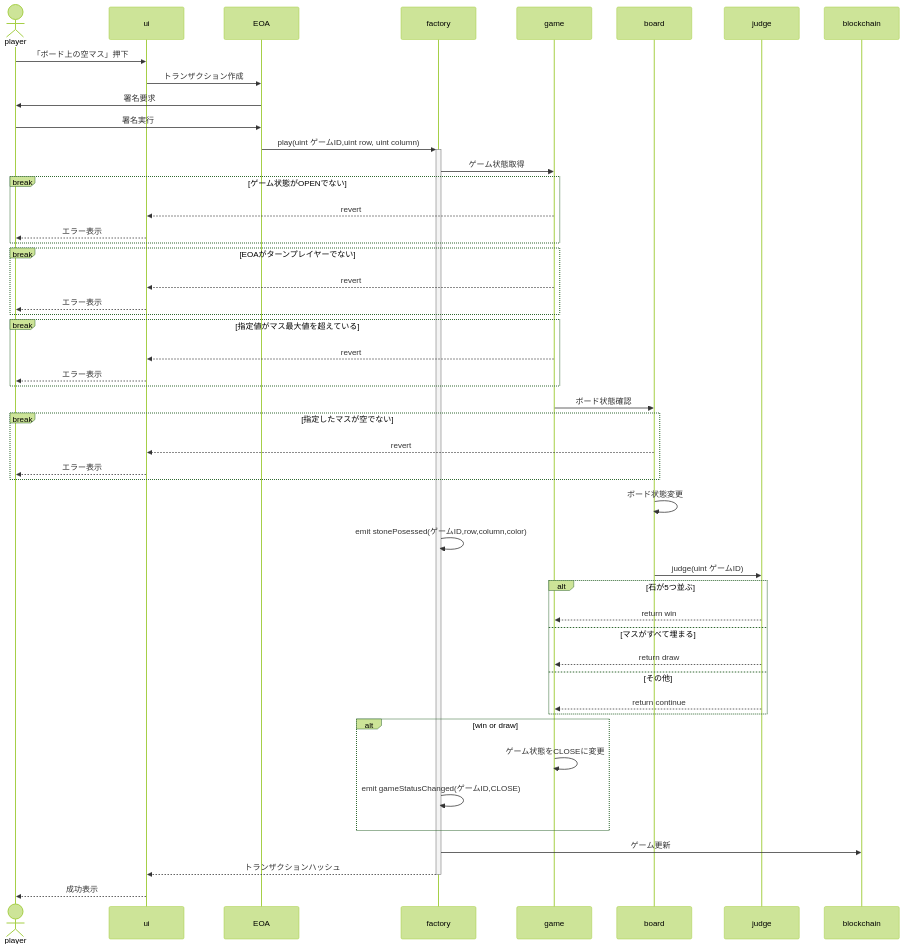
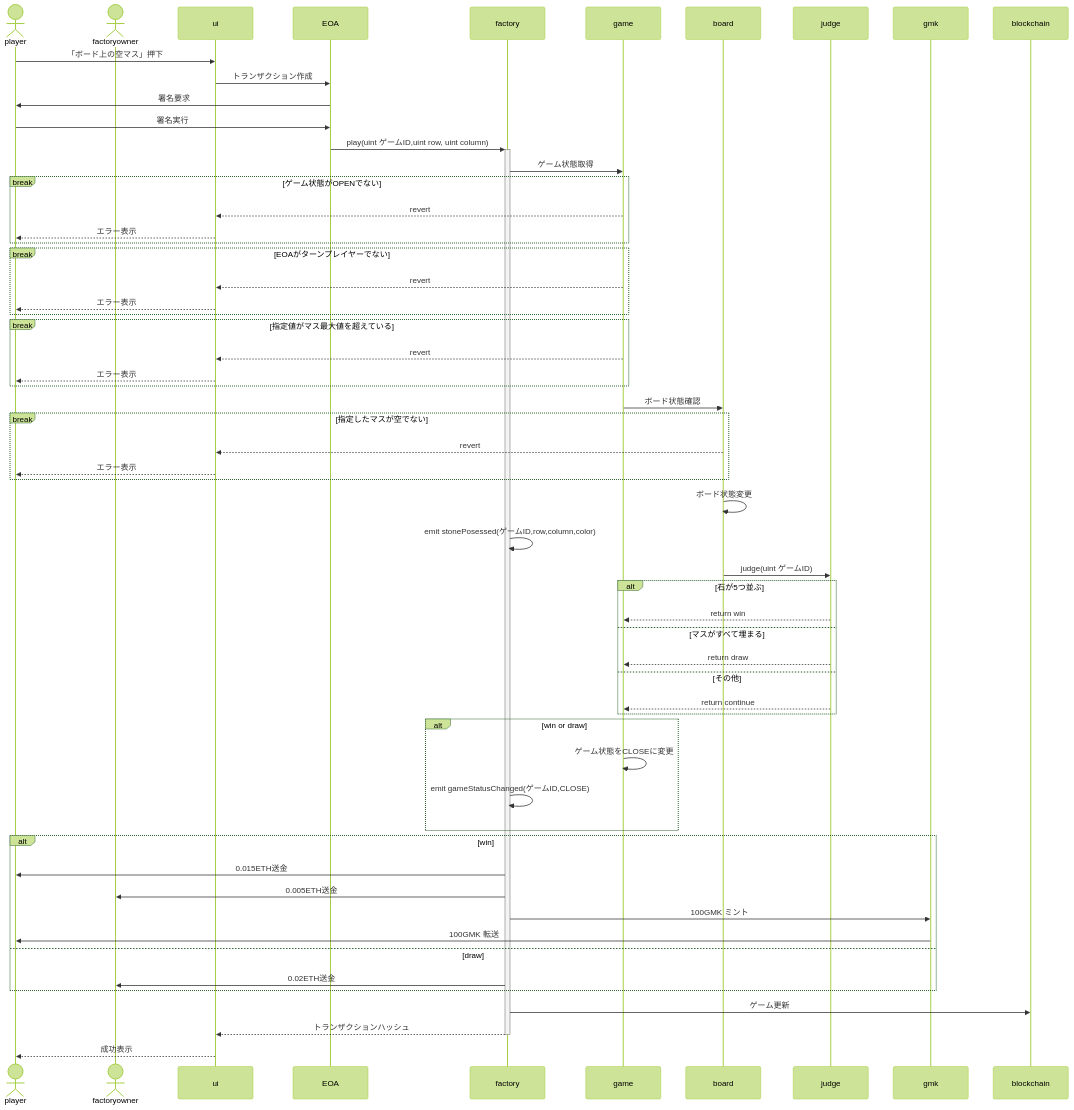
The third of 4 diagrams in doc/sequence.md (0xHaku/preprod-gomoku), drawn with Mermaid (forest theme) before and after one commit. The commit also changed other lines of this file and 12 other files, not shown here.

````diff
--- a/doc/sequence.md
+++ b/doc/sequence.md
@@ -63,52 +71,62 @@
 ```mermaid
 sequenceDiagram
     actor player
+    actor factoryowner
     participant ui
     participant EOA
     participant factory
     participant game
     participant board
     participant judge
+    participant gmk
     participant blockchain
 
     player->>ui: 「ボード上の空マス」押下
     ui->>EOA: トランザクション作成
     EOA->>player: 署名要求
     player->>EOA: 署名実行
     EOA->>+factory: play(uint ゲームID,uint row, uint column)
     factory->>game: ゲーム状態取得
     break ゲーム状態がOPENでない
         game-->>ui: revert
         ui-->>player: エラー表示
     end
     break EOAがターンプレイヤーでない
         game-->>ui: revert
         ui-->>player: エラー表示
     end
     break 指定値がマス最大値を超えている
         game-->>ui: revert
         ui-->>player: エラー表示
     end
     game->>board: ボード状態確認
     break 指定したマスが空でない
         board-->>ui: revert
         ui-->>player: エラー表示
     end
     board->>board: ボード状態変更
     factory->>factory: emit stonePosessed(ゲームID,row,column,color)
     board->>judge: judge(uint ゲームID)
     alt 石が5つ並ぶ
         judge-->>game: return win
     else マスがすべて埋まる
         judge-->>game: return draw
     else その他
         judge-->>game: return continue
     end
     alt win or draw
         game->>game: ゲーム状態をCLOSEに変更
         factory->>factory: emit gameStatusChanged(ゲームID,CLOSE)
     end
+    alt win
+        factory->>player: 0.015ETH送金
+        factory->>factoryowner: 0.005ETH送金
+        factory->>gmk: 100GMK ミント
+        gmk->>player: 100GMK 転送
+    else draw
+        factory->>factoryowner: 0.02ETH送金
+    end
     factory->>blockchain: ゲーム更新
     factory-->>-ui: トランザクションハッシュ
     ui-->>player: 成功表示
 ```
````
